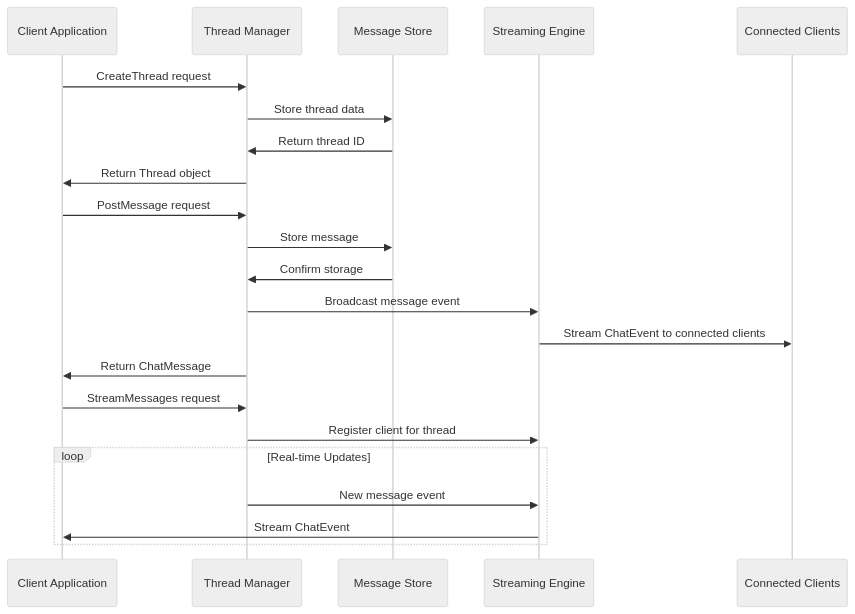
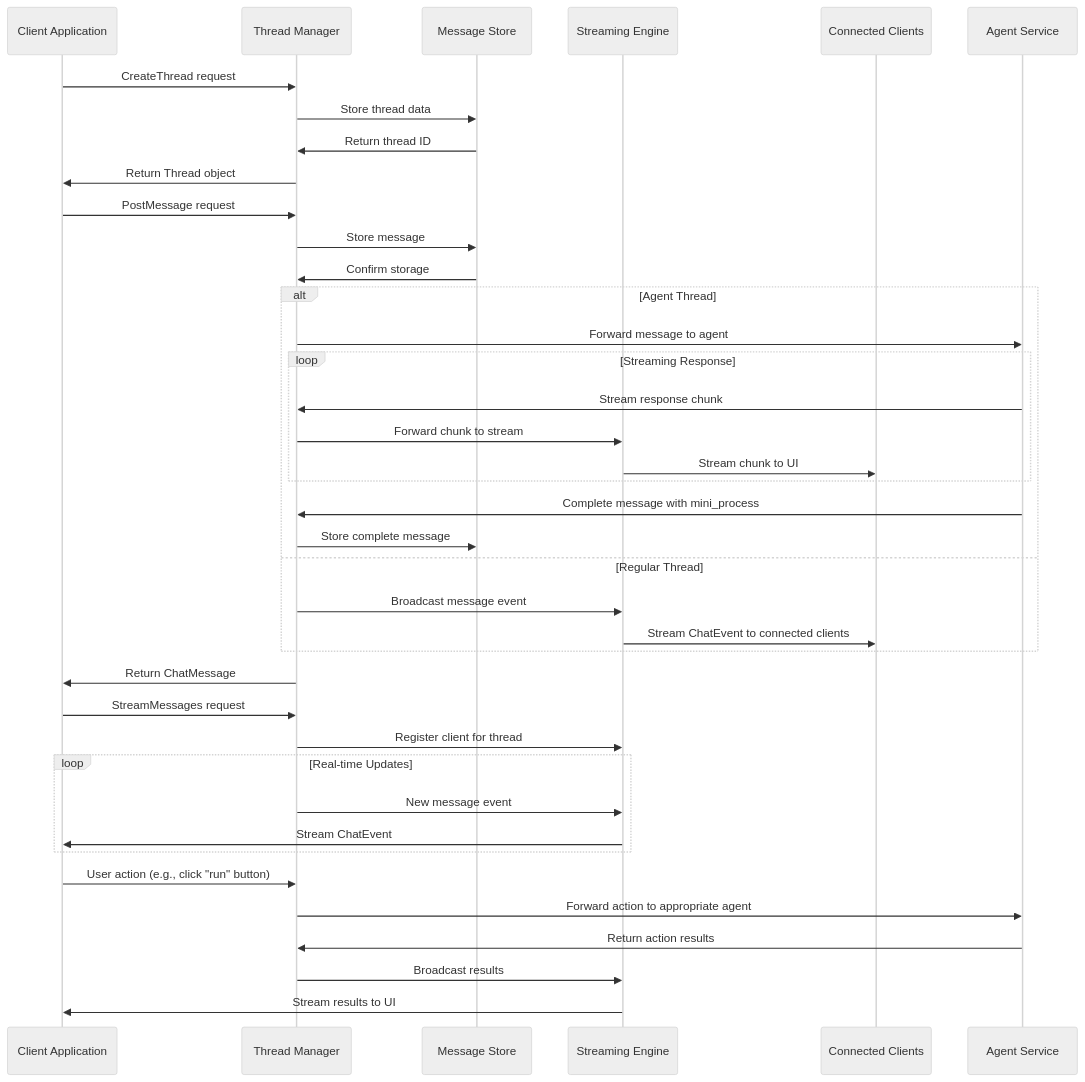
Before and after one commit to 3miliano/voyager-architecture: the diagram in docs/chat-agent-services/thread-manager.md, drawn with Mermaid (neutral theme). The commit also changed other lines of this file and 1 other file, not shown here.

First line of the commit message:
Add streaming chat and action coordination architecture

````diff
--- a/docs/chat-agent-services/thread-manager.md
+++ b/docs/chat-agent-services/thread-manager.md
@@ -102,29 +107,48 @@
 ```mermaid
 sequenceDiagram
     participant Client as Client Application
     participant ThreadMgr as Thread Manager
     participant MsgStore as Message Store
     participant StreamEngine as Streaming Engine
     participant Subscribers as Connected Clients
+    participant AgentSvc as Agent Service
 
     Client->>ThreadMgr: CreateThread request
     ThreadMgr->>MsgStore: Store thread data
     MsgStore->>ThreadMgr: Return thread ID
     ThreadMgr->>Client: Return Thread object
 
     Client->>ThreadMgr: PostMessage request
     ThreadMgr->>MsgStore: Store message
     MsgStore->>ThreadMgr: Confirm storage
     
-    ThreadMgr->>StreamEngine: Broadcast message event
-    StreamEngine->>Subscribers: Stream ChatEvent to connected clients
+    alt Agent Thread
+        ThreadMgr->>AgentSvc: Forward message to agent
+        loop Streaming Response
+            AgentSvc->>ThreadMgr: Stream response chunk
+            ThreadMgr->>StreamEngine: Forward chunk to stream
+            StreamEngine->>Subscribers: Stream chunk to UI
+        end
+        AgentSvc->>ThreadMgr: Complete message with mini_process
+        ThreadMgr->>MsgStore: Store complete message
+    else Regular Thread
+        ThreadMgr->>StreamEngine: Broadcast message event
+        StreamEngine->>Subscribers: Stream ChatEvent to connected clients
+    end
+    
     ThreadMgr->>Client: Return ChatMessage
 
     Client->>ThreadMgr: StreamMessages request
     ThreadMgr->>StreamEngine: Register client for thread
     
     loop Real-time Updates
         ThreadMgr->>StreamEngine: New message event
         StreamEngine->>Client: Stream ChatEvent
     end
+    
+    Client->>ThreadMgr: User action (e.g., click "run" button)
+    ThreadMgr->>AgentSvc: Forward action to appropriate agent
+    AgentSvc->>ThreadMgr: Return action results
+    ThreadMgr->>StreamEngine: Broadcast results
+    StreamEngine->>Client: Stream results to UI
 ```
````
